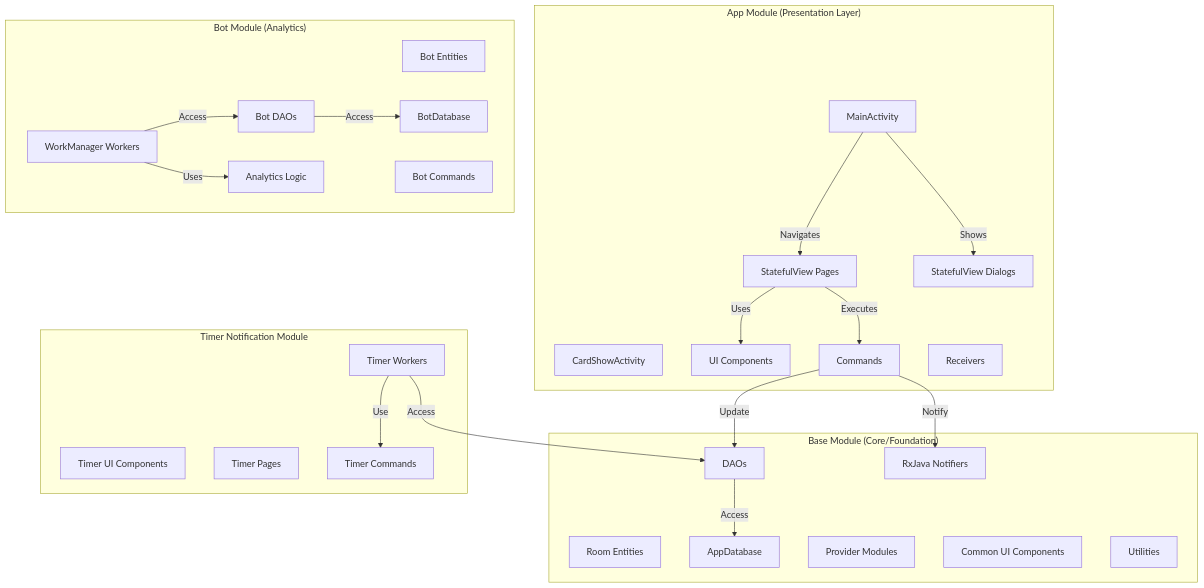
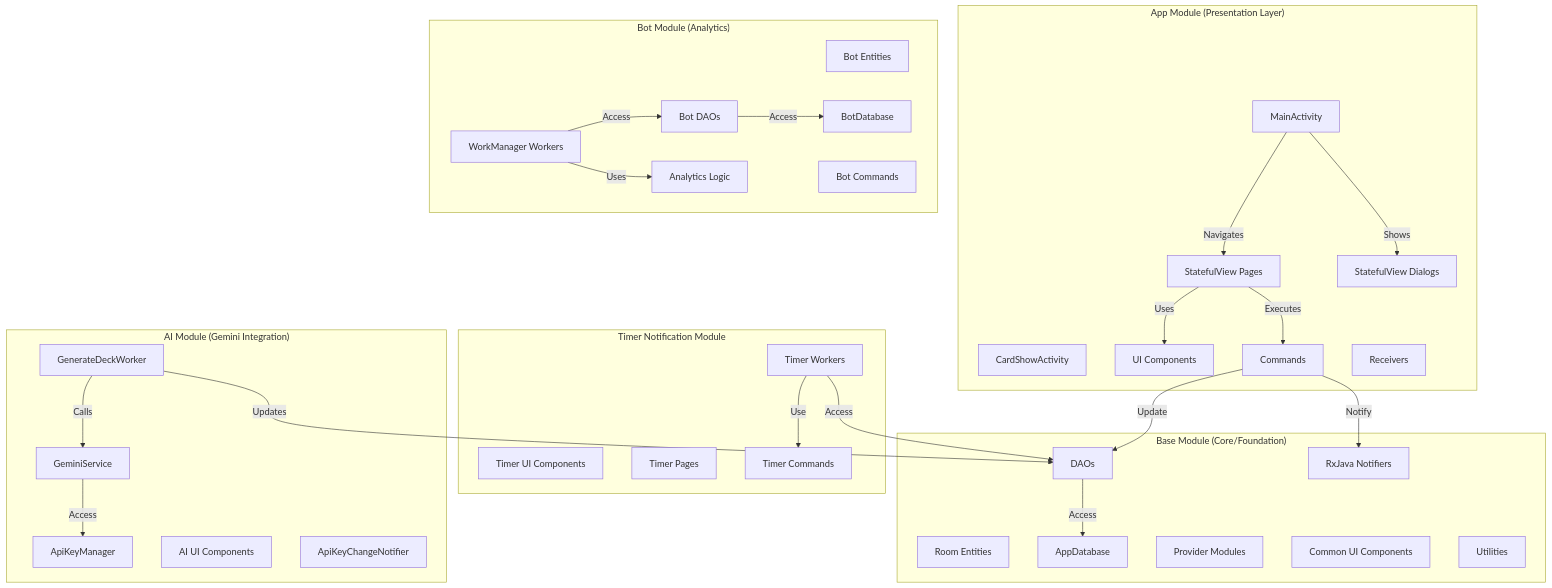
Before and after one commit to rh-id/a-flash-deck: the third of 7 diagrams in README.md, drawn with Mermaid. The commit also changed other lines of this file and 30 other files, not shown here.

First line of the commit message:
feat: add AI deck generation with Gemini API

````diff
--- a/README.md
+++ b/README.md
@@ -136,53 +140,65 @@
 ```mermaid
 graph TB
     subgraph "App Module (Presentation Layer)"
         MainActivity[MainActivity]
         CardShowActivity[CardShowActivity]
         Pages[StatefulView Pages]
         Dialogs[StatefulView Dialogs]
         Components[UI Components]
         Commands[Commands]
         Receivers[Receivers]
     end
 
     subgraph "Base Module (Core/Foundation)"
         Entities[Room Entities]
         DAOs[DAOs]
         Database[AppDatabase]
         Notifiers[RxJava Notifiers]
         ProviderModules[Provider Modules]
         CommonUI[Common UI Components]
         Utils[Utilities]
     end
 
     subgraph "Bot Module (Analytics)"
         BotEntities[Bot Entities]
         BotDAOs[Bot DAOs]
         BotDatabase[BotDatabase]
         BotAnalytics[Analytics Logic]
         BotWorkers[WorkManager Workers]
         BotCommands[Bot Commands]
     end
 
     subgraph "Timer Notification Module"
         TimerEntities[Timer UI Components]
         TimerPages[Timer Pages]
         TimerWorkers[Timer Workers]
         TimerCommands[Timer Commands]
     end
 
+    subgraph "AI Module (Gemini Integration)"
+        AiService[GeminiService]
+        AiWorker[GenerateDeckWorker]
+        AiSecurity[ApiKeyManager]
+        AiUI[AI UI Components]
+        AiNotifier[ApiKeyChangeNotifier]
+    end
+
     MainActivity -->|Navigates| Pages
     MainActivity -->|Shows| Dialogs
     Pages -->|Uses| Components
     Pages -->|Executes| Commands
     Commands -->|Update| DAOs
     Commands -->|Notify| Notifiers
     DAOs -->|Access| Database
 
     BotWorkers -->|Access| BotDAOs
     BotDAOs -->|Access| BotDatabase
     BotWorkers -->|Uses| BotAnalytics
 
     TimerWorkers -->|Access| DAOs
     TimerWorkers -->|Use| TimerCommands
+
+    AiWorker -->|Calls| AiService
+    AiService -->|Access| AiSecurity
+    AiWorker -->|Updates| DAOs
 ```
````
